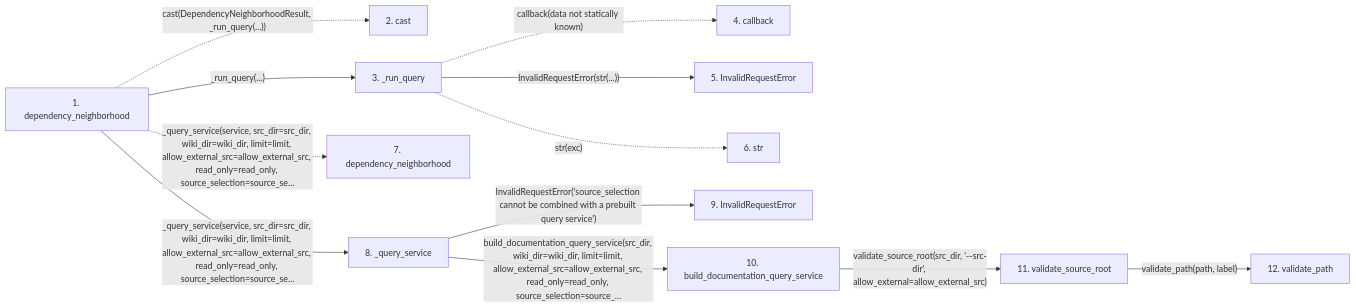
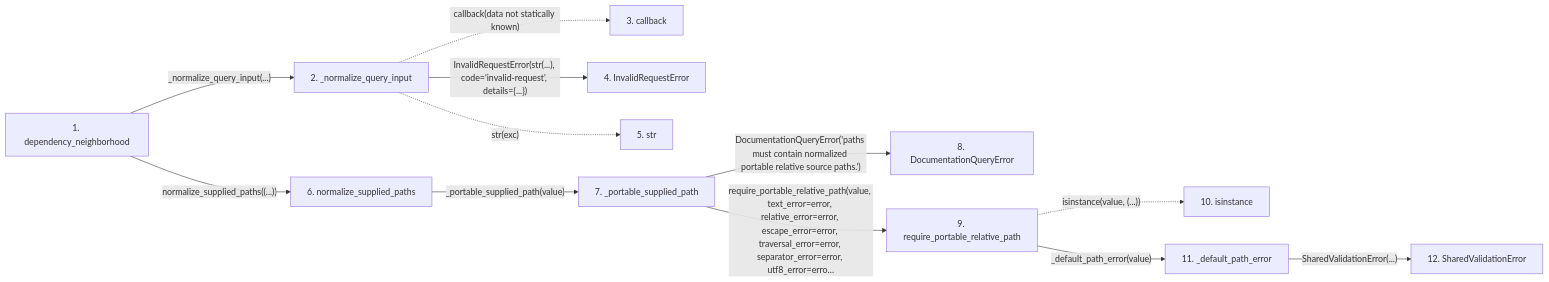
One commit to Denissvgn/python-wiki-llm changed the second of 2 diagrams in docs/llm_wiki/flows/api-dependency_neighborhood.md. Above: the diagram before and after it, drawn with Mermaid. The commit also changed other lines of this file and 364 other files, not shown here.

````diff
--- a/docs/llm_wiki/flows/api-dependency_neighborhood.md
+++ b/docs/llm_wiki/flows/api-dependency_neighborhood.md
@@ -85,34 +87,35 @@
 ```mermaid
 flowchart LR
     s1["1. dependency_neighborhood"]
-    s2["2. cast"]
-    s3["3. _run_query"]
-    s4["4. callback"]
-    s5["5. InvalidRequestError"]
-    s6["6. str"]
-    s7["7. dependency_neighborhood"]
-    s8["8. _query_service"]
-    s9["9. InvalidRequestError"]
-    s10["10. build_documentation_query_service"]
-    s11["11. validate_source_root"]
-    s12["12. validate_path"]
-    s1 -. "cast(DependencyNeighborhoodResult, _run_query(...))" .-> s2
-    s1 -->|"_run_query(...)"| s3
-    s3 -. "callback(data not statically known)" .-> s4
-    s3 -->|"InvalidRequestError(str(...))"| s5
-    s3 -. "str(exc)" .-> s6
-    s1 -. "_query_service(service, src_dir=src_dir, wiki_dir=wiki_dir, limit=limit, allow_external_src=allow_external_src, read_only=read_only, source_selection=source_se…" .-> s7
-    s1 -->|"_query_service(service, src_dir=src_dir, wiki_dir=wiki_dir, limit=limit, allow_external_src=allow_external_src, read_only=read_only, source_selection=source_se…"| s8
-    s8 -->|"InvalidRequestError('source_selection cannot be combined with a prebuilt query service')"| s9
-    s8 -->|"build_documentation_query_service(src_dir, wiki_dir=wiki_dir, limit=limit, allow_external_src=allow_external_src, read_only=read_only, source_selection=source_…"| s10
-    s10 -->|"validate_source_root(src_dir, '--src-dir', allow_external=allow_external_src)"| s11
-    s11 -->|"validate_path(path, label)"| s12
+    s2["2. _normalize_query_input"]
+    s3["3. callback"]
+    s4["4. InvalidRequestError"]
+    s5["5. str"]
+    s6["6. normalize_supplied_paths"]
+    s7["7. _portable_supplied_path"]
+    s8["8. DocumentationQueryError"]
+    s9["9. require_portable_relative_path"]
+    s10["10. isinstance"]
+    s11["11. _default_path_error"]
+    s12["12. SharedValidationError"]
+    s1 -->|"_normalize_query_input(...)"| s2
+    s2 -. "callback(data not statically known)" .-> s3
+    s2 -->|"InvalidRequestError(str(...), code='invalid-request', details={...})"| s4
+    s2 -. "str(exc)" .-> s5
+    s1 -->|"normalize_supplied_paths((...))"| s6
+    s6 -->|"_portable_supplied_path(value)"| s7
+    s7 -->|"DocumentationQueryError('paths must contain normalized portable relative source paths.')"| s8
+    s7 -->|"require_portable_relative_path(value, text_error=error, relative_error=error, escape_error=error, traversal_error=error, separator_error=error, utf8_error=erro…"| s9
+    s9 -. "isinstance(value, (...))" .-> s10
+    s9 -->|"_default_path_error(value)"| s11
+    s11 -->|"SharedValidationError(...)"| s12
     click s1 "../modules/api.md"
-    click s3 "../modules/api.md"
-    click s5 "../modules/api.md"
-    click s8 "../modules/api.md"
-    click s9 "../modules/api.md"
-    click s10 "../modules/api.md"
-    click s11 "../modules/config.md"
-    click s12 "../modules/config.md"
+    click s2 "../modules/api.md"
+    click s4 "../modules/api.md"
+    click s6 "../modules/documentation_query_builder.md"
+    click s7 "../modules/documentation_query_builder.md"
+    click s8 "../modules/documentation_queries.md"
+    click s9 "../modules/validation.md"
+    click s11 "../modules/validation.md"
+    click s12 "../modules/validation.md"
 ```
````
